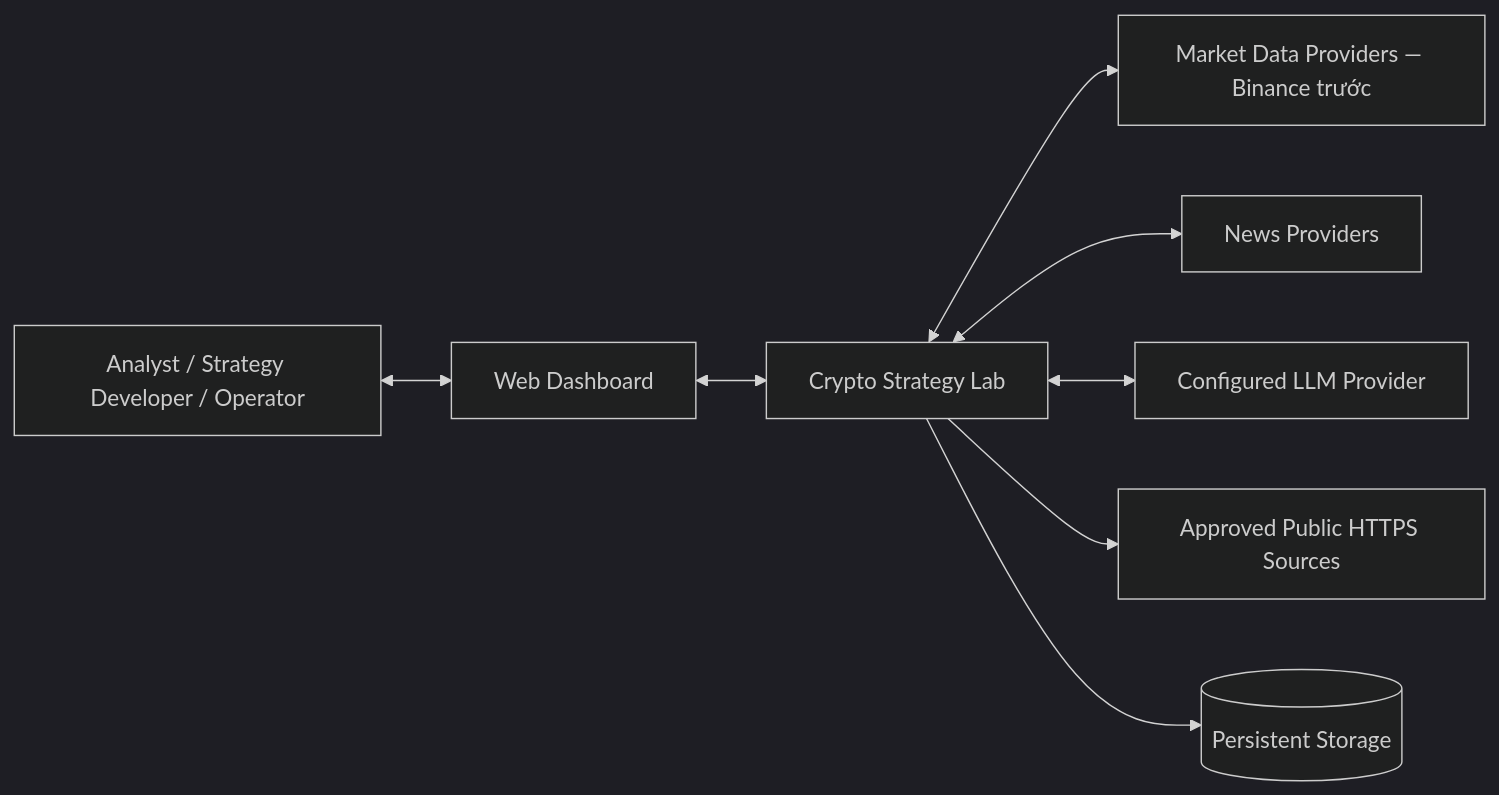
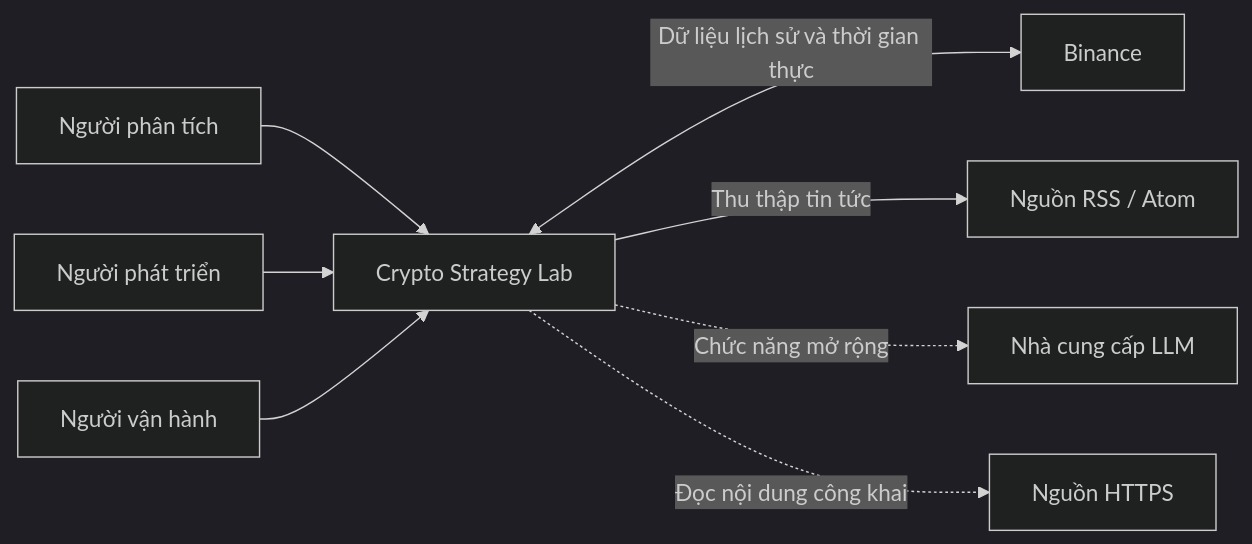
The first of 8 diagrams in docs/ARCHITECTURE.md (nhphunng/Crypto-Strategy-Lab), drawn with Mermaid (dark theme) before and after one commit. The commit also changed other lines of this file and 2 other files, not shown here.

Commit message:
docs: refine submission architecture and decision reports - Clarify implemented features, limitations, and planned extensions - Map architecture modules to actual code paths - Update README and ADR navigation links

````diff
--- a/docs/ARCHITECTURE.md
+++ b/docs/ARCHITECTURE.md
@@ -17,10 +23,10 @@
 ```mermaid
 flowchart LR
-    USER["Analyst / Strategy Developer / Operator"] <--> WEB["Web Dashboard"]
-    WEB <--> CSL["Crypto Strategy Lab"]
-    CSL <--> MARKET["Market Data Providers — Binance trước"]
-    CSL <--> NEWS["News Providers"]
-    CSL <--> LLM["Configured LLM Provider"]
-    CSL --> WEB_SOURCE["Approved Public HTTPS Sources"]
-    CSL --> STORE[("Persistent Storage")]
+    Analyst["Người phân tích"] --> Lab["Crypto Strategy Lab"]
+    Developer["Người phát triển"] --> Lab
+    Operator["Người vận hành"] --> Lab
+    Lab <-->|"Dữ liệu lịch sử và thời gian thực"| Binance["Binance"]
+    Lab -->|"Thu thập tin tức"| News["Nguồn RSS / Atom"]
+    Lab -.->|"Chức năng mở rộng"| LLM["Nhà cung cấp LLM"]
+    Lab -.->|"Đọc nội dung công khai"| Source["Nguồn HTTPS"]
 ```
````
